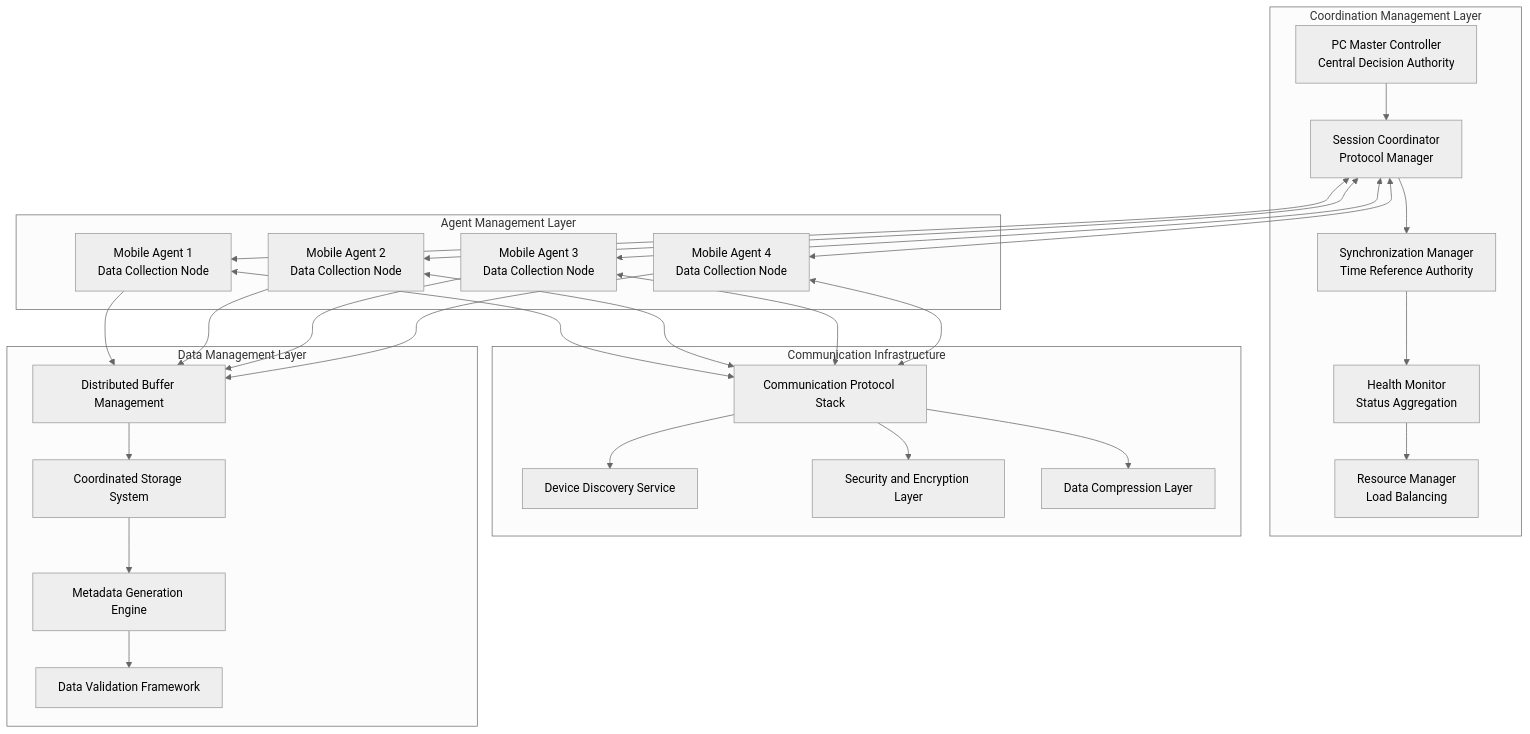
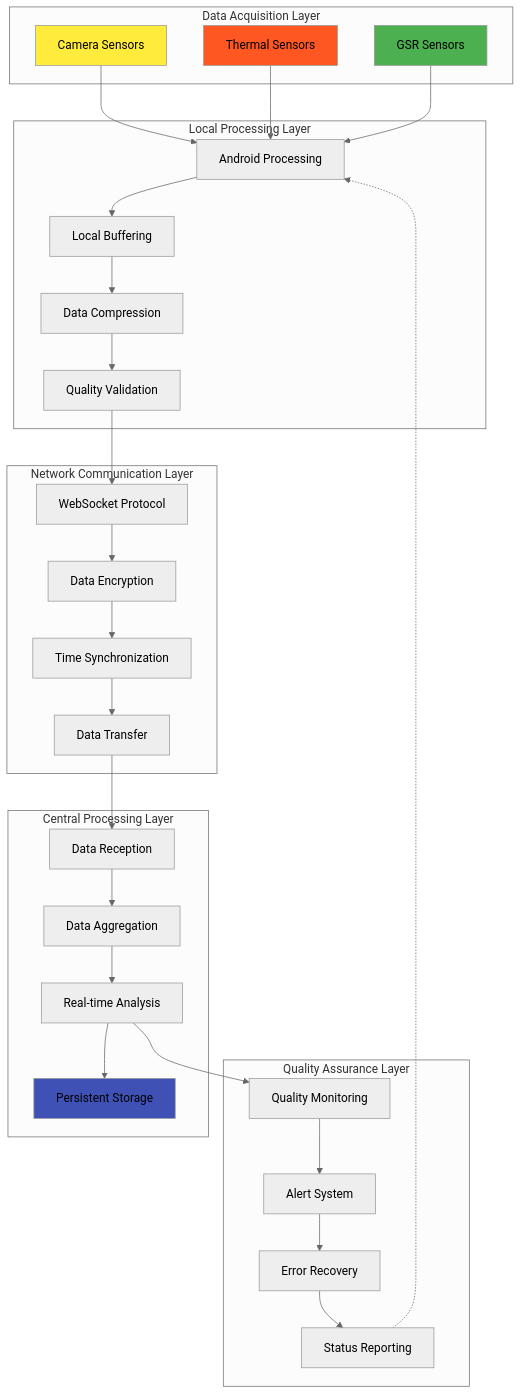
Before and after one commit to buccancs/fyp-multi-sensor-recording-system: the second of 6 diagrams in docs/thesis_report/Chapter_4_Design_and_Implementation.md, drawn with Mermaid (neutral theme). The commit also changed other lines of this file and 4 other files, not shown here.

Commit message:
Add comprehensive visual elements, tables, graphs, and screenshot placeholders throughout thesis

````diff
--- a/docs/thesis_report/Chapter_4_Design_and_Implementation.md
+++ b/docs/thesis_report/Chapter_4_Design_and_Implementation.md
@@ -172,59 +137,66 @@
 ```mermaid
-graph TD
-    subgraph "Coordination Management Layer"
-        MASTER[PC Master Controller<br/>Central Decision Authority]
-        COORD[Session Coordinator<br/>Protocol Manager]
-        SYNC[Synchronization Manager<br/>Time Reference Authority]
-        HEALTH[Health Monitor<br/>Status Aggregation]
-        RESOURCE[Resource Manager<br/>Load Balancing]
+flowchart TD
+    subgraph "Data Acquisition Layer"
+        CAM[Camera Sensors]
+        THERMAL[Thermal Sensors] 
+        GSR[GSR Sensors]
     end
     
-    subgraph "Agent Management Layer"
-        AGENT1[Mobile Agent 1<br/>Data Collection Node]
-        AGENT2[Mobile Agent 2<br/>Data Collection Node]
-        AGENT3[Mobile Agent 3<br/>Data Collection Node]
-        AGENT4[Mobile Agent 4<br/>Data Collection Node]
+    subgraph "Local Processing Layer"
+        ANDROID[Android Processing]
+        BUFFER[Local Buffering]
+        COMPRESS[Data Compression]
+        VALIDATE[Quality Validation]
     end
     
-    subgraph "Communication Infrastructure"
-        PROTOCOL[Communication Protocol Stack]
-        DISCOVERY[Device Discovery Service]
-        ENCRYPTION[Security and Encryption Layer]
-        COMPRESSION[Data Compression Layer]
+    subgraph "Network Communication Layer"
+        PROTOCOL[WebSocket Protocol]
+        ENCRYPT[Data Encryption]
+        SYNC[Time Synchronization]
+        TRANSFER[Data Transfer]
     end
     
-    subgraph "Data Management Layer"
-        BUFFER[Distributed Buffer Management]
-        STORAGE[Coordinated Storage System]
-        METADATA[Metadata Generation Engine]
-        VALIDATION[Data Validation Framework]
+    subgraph "Central Processing Layer"
+        RECEIVE[Data Reception]
+        AGGREGATE[Data Aggregation]
+        ANALYSIS[Real-time Analysis]
+        STORAGE[Persistent Storage]
     end
     
-    MASTER --> COORD
-    COORD --> SYNC
-    SYNC --> HEALTH
-    HEALTH --> RESOURCE
+    subgraph "Quality Assurance Layer"
+        MONITOR[Quality Monitoring]
+        ALERT[Alert System]
+        RECOVERY[Error Recovery]
+        REPORT[Status Reporting]
+    end
     
-    COORD <--> AGENT1
-    COORD <--> AGENT2
-    COORD <--> AGENT3
-    COORD <--> AGENT4
+    CAM --> ANDROID
+    THERMAL --> ANDROID
+    GSR --> ANDROID
     
-    AGENT1 <--> PROTOCOL
-    AGENT2 <--> PROTOCOL
-    AGENT3 <--> PROTOCOL
-    AGENT4 <--> PROTOCOL
+    ANDROID --> BUFFER
+    BUFFER --> COMPRESS
+    COMPRESS --> VALIDATE
     
-    PROTOCOL --> DISCOVERY
-    PROTOCOL --> ENCRYPTION
-    PROTOCOL --> COMPRESSION
+    VALIDATE --> PROTOCOL
+    PROTOCOL --> ENCRYPT
+    ENCRYPT --> SYNC
+    SYNC --> TRANSFER
     
-    AGENT1 --> BUFFER
-    AGENT2 --> BUFFER
-    AGENT3 --> BUFFER
-    AGENT4 --> BUFFER
+    TRANSFER --> RECEIVE
+    RECEIVE --> AGGREGATE
+    AGGREGATE --> ANALYSIS
+    ANALYSIS --> STORAGE
     
-    BUFFER --> STORAGE
-    STORAGE --> METADATA
-    METADATA --> VALIDATION
+    ANALYSIS --> MONITOR
+    MONITOR --> ALERT
+    ALERT --> RECOVERY
+    RECOVERY --> REPORT
+    
+    REPORT -.-> ANDROID
+    
+    style CAM fill:#ffeb3b
+    style THERMAL fill:#ff5722
+    style GSR fill:#4caf50
+    style STORAGE fill:#3f51b5
 ```
````
